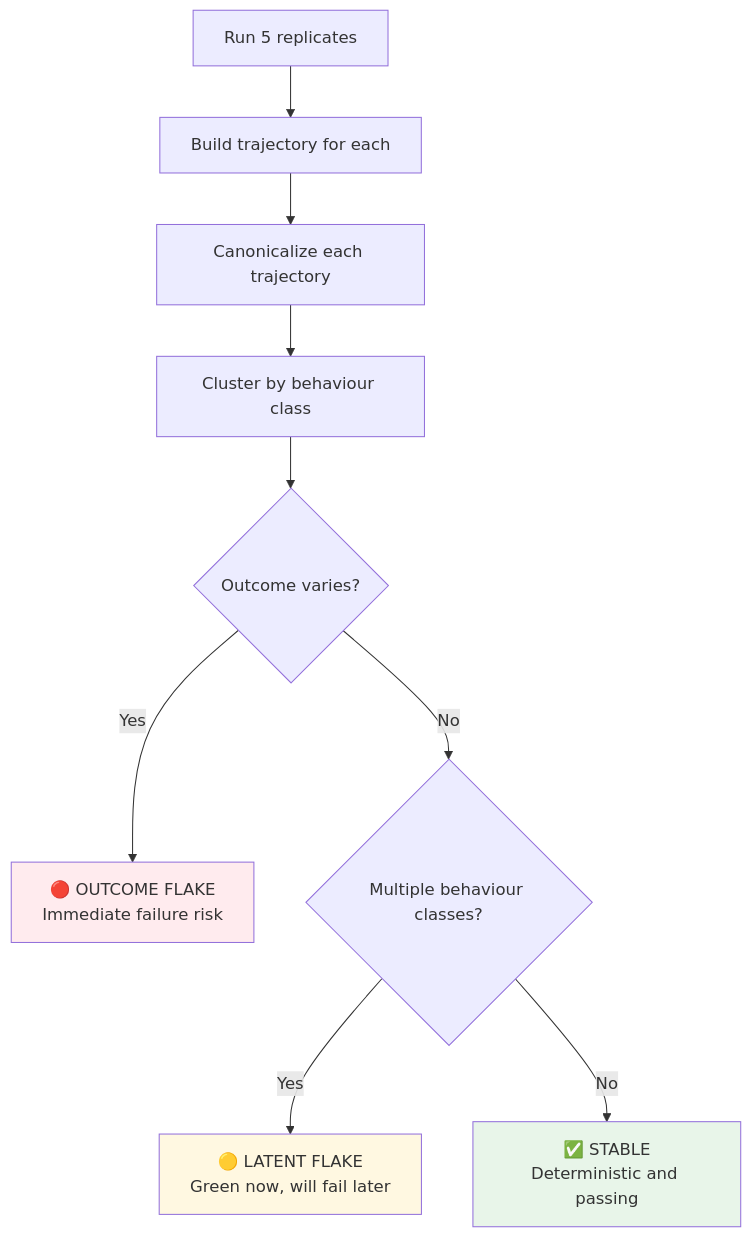
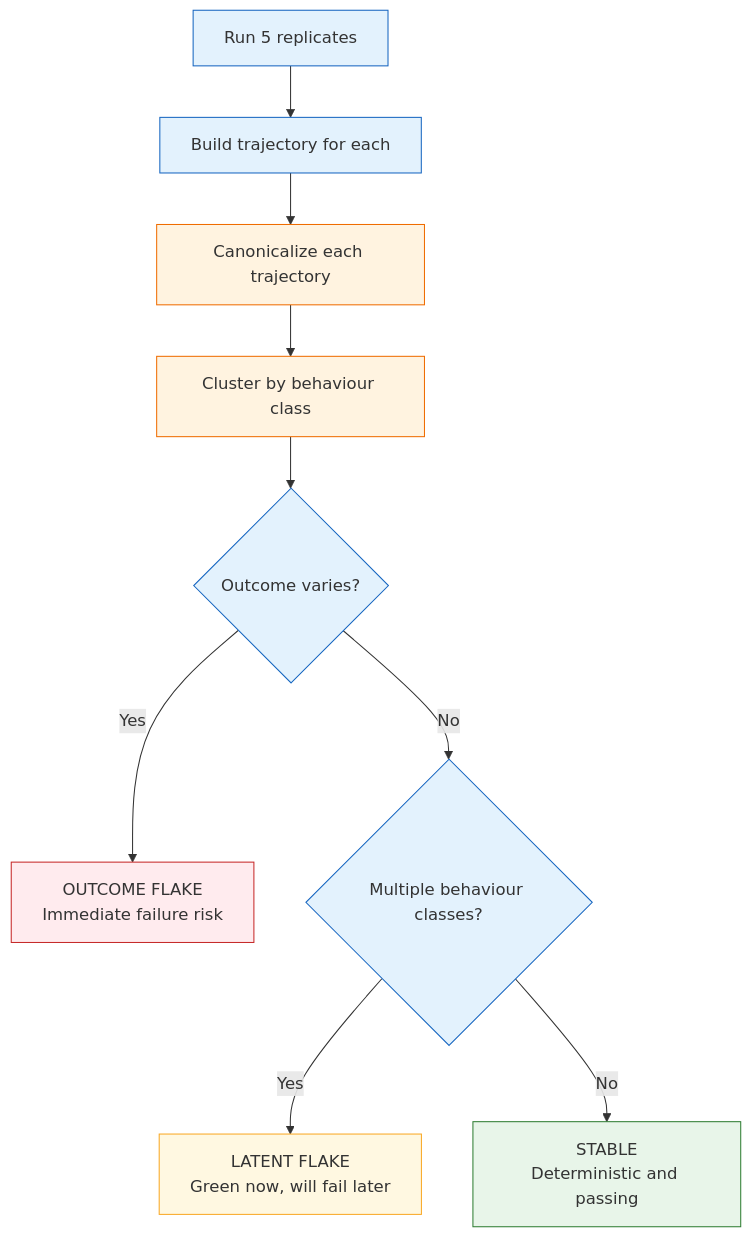
One commit to Mehul-bisht-0/Driftbench--AI-regression-testing-harness changed the ninth of 11 diagrams in README.md. Above: the diagram before and after it, drawn with Mermaid. The commit also changed other lines of this file, not shown here.

````diff
--- a/README.md
+++ b/README.md
@@ -468,15 +499,21 @@
 ```mermaid
 flowchart TD
     A["Run 5 replicates"] --> B["Build trajectory for each"]
     B --> C["Canonicalize each trajectory"]
     C --> D["Cluster by behaviour class"]
     D --> E{"Outcome varies?"}
-    E -->|"Yes"| F["🔴 OUTCOME FLAKE\nImmediate failure risk"]
+    E -->|"Yes"| F["OUTCOME FLAKE\nImmediate failure risk"]
     E -->|"No"| G{"Multiple behaviour classes?"}
-    G -->|"Yes"| H["🟡 LATENT FLAKE\nGreen now, will fail later"]
-    G -->|"No"| I["✅ STABLE\nDeterministic and passing"]
+    G -->|"Yes"| H["LATENT FLAKE\nGreen now, will fail later"]
+    G -->|"No"| I["STABLE\nDeterministic and passing"]
 
-    style F fill:#ffebee
-    style H fill:#fff8e1
-    style I fill:#e8f5e9
+    style A fill:#e3f2fd,stroke:#1565c0
+    style B fill:#e3f2fd,stroke:#1565c0
+    style C fill:#fff3e0,stroke:#ef6c00
+    style D fill:#fff3e0,stroke:#ef6c00
+    style E fill:#e3f2fd,stroke:#1565c0
+    style F fill:#ffebee,stroke:#c62828
+    style G fill:#e3f2fd,stroke:#1565c0
+    style H fill:#fff8e1,stroke:#f9a825
+    style I fill:#e8f5e9,stroke:#2e7d32
 ```
````
